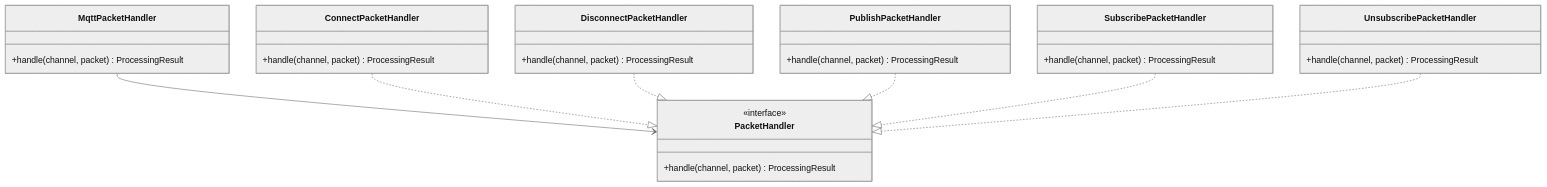
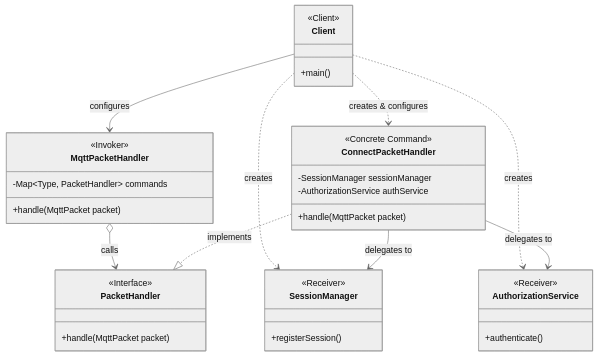
One commit to karolbystrek/mqtt-broker changed the seventh of 14 diagrams in README.md. Above: the diagram before and after it, drawn with Mermaid (neutral theme). The commit also changed other lines of this file, not shown here.

````diff
--- a/README.md
+++ b/README.md
@@ -257,33 +406,57 @@
 ```mermaid
 classDiagram
+    %% --- Participants ---
+    class Client {
+        <<Client>>
+        +main()
+    }
+
     class MqttPacketHandler {
-        +handle(channel, packet) ProcessingResult
+        <<Invoker>>
+        -Map~Type, PacketHandler~ commands
+        +handle(MqttPacket packet)
     }
+
     class PacketHandler {
-        <<interface>>
-        +handle(channel, packet) ProcessingResult
+        <<Interface>>
+        <<Command>>
+        +handle(MqttPacket packet)
     }
+
     class ConnectPacketHandler {
-        +handle(channel, packet) ProcessingResult
+        <<Concrete Command>>
+        -SessionManager sessionManager
+        -AuthorizationService authService
+        +handle(MqttPacket packet)
     }
-    class DisconnectPacketHandler {
-        +handle(channel, packet) ProcessingResult
+
+    class SessionManager {
+        <<Receiver>>
+        +registerSession()
     }
- 
-    class PublishPacketHandler {
-        +handle(channel, packet) ProcessingResult
+
+    class AuthorizationService {
+        <<Receiver>>
+        +authenticate()
     }
-    class SubscribePacketHandler {
-        +handle(channel, packet) ProcessingResult
-    }
-    class UnsubscribePacketHandler {
-        +handle(channel, packet) ProcessingResult
-    }
+
+    %% --- Relationships ---
     
-    MqttPacketHandler --> PacketHandler
-    ConnectPacketHandler ..|> PacketHandler
-    DisconnectPacketHandler ..|> PacketHandler
-    PublishPacketHandler ..|> PacketHandler
-    SubscribePacketHandler ..|> PacketHandler
-    UnsubscribePacketHandler ..|> PacketHandler
+    %% Client configures Concrete Command with Receivers
+    Client ..> ConnectPacketHandler : creates & configures
+    Client ..> SessionManager : creates
+    Client ..> AuthorizationService : creates
+    
+    %% Client passes Command to Invoker
+    Client --> MqttPacketHandler : configures
+
+    %% Invoker calls Command
+    MqttPacketHandler o--> PacketHandler : calls
+    
+    %% Concrete Command implements Interface
+    ConnectPacketHandler ..|> PacketHandler : implements
+
+    %% Concrete Command delegates to Receivers
+    ConnectPacketHandler --> SessionManager : delegates to
+    ConnectPacketHandler --> AuthorizationService : delegates to
 ```
````
